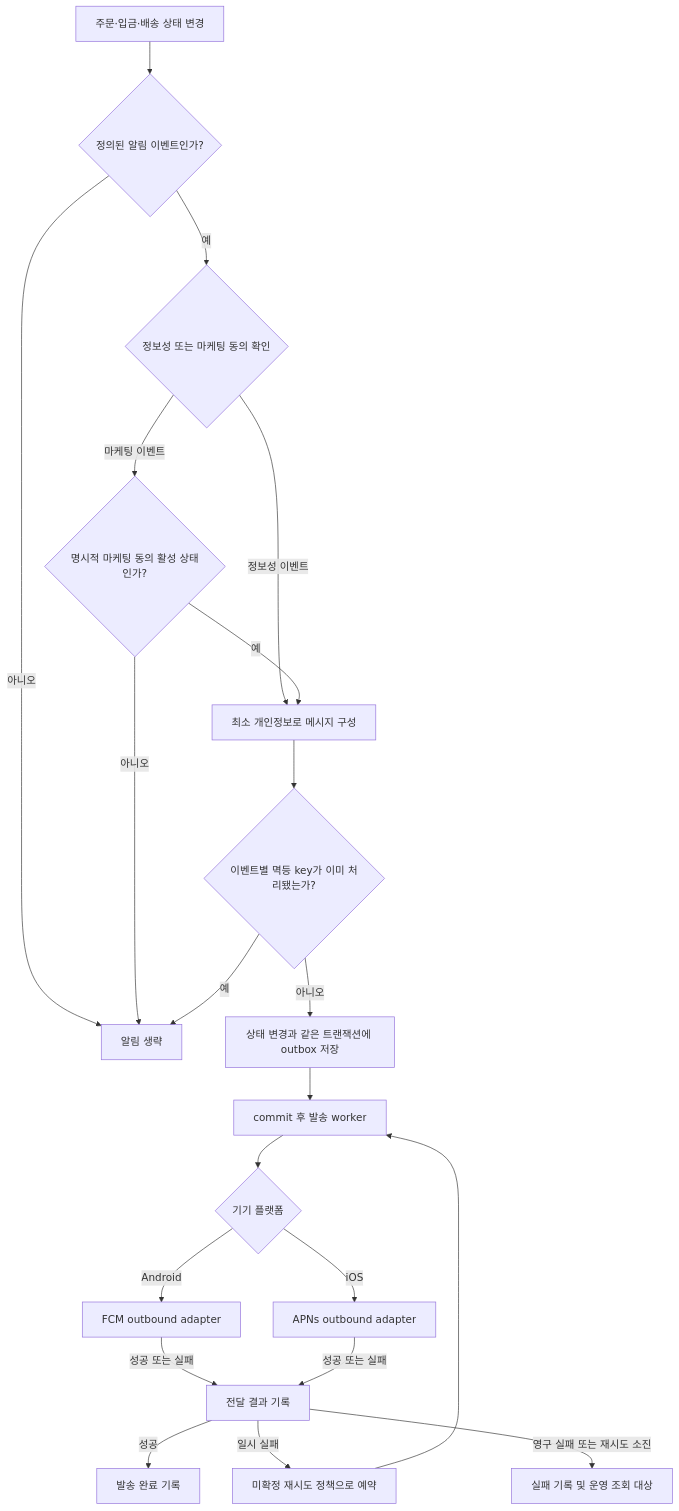
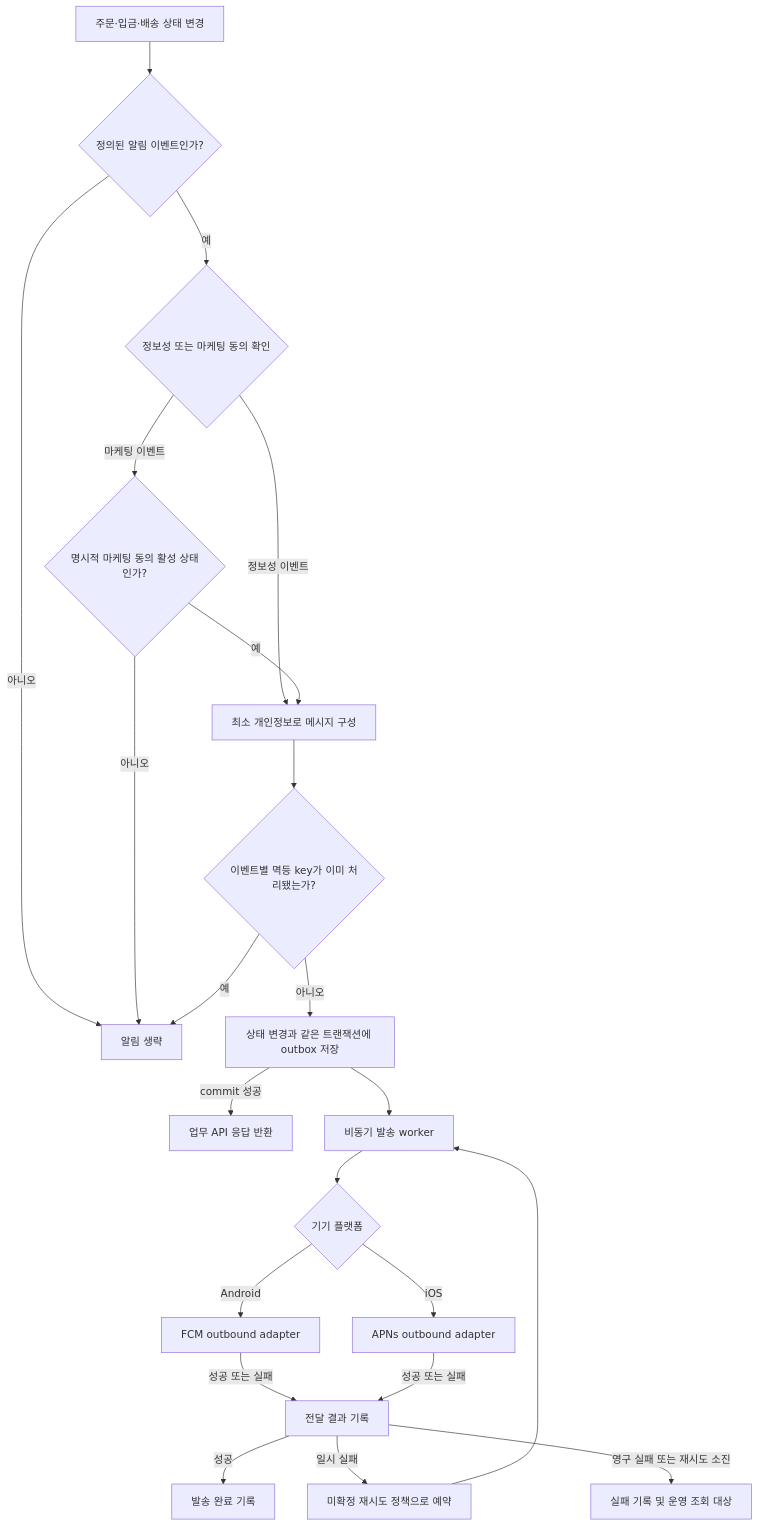
Before and after one commit to DongHyeonEom/umji-market-api: the diagram in docs/services/notification.md, drawn with Mermaid. The commit also changed other lines of this file, not shown here.

Commit message:
docs: clarify asynchronous push delivery

````diff
--- a/docs/services/notification.md
+++ b/docs/services/notification.md
@@ -42,23 +44,24 @@
 ```mermaid
 flowchart TD
     Event["주문·입금·배송 상태 변경"] --> Eligible{"정의된 알림 이벤트인가?"}
     Eligible -->|아니오| Ignore["알림 생략"]
     Eligible -->|예| Consent{"정보성 또는 마케팅 동의 확인"}
     Consent -->|정보성 이벤트| Build["최소 개인정보로 메시지 구성"]
     Consent -->|마케팅 이벤트| Marketing{"명시적 마케팅 동의 활성 상태인가?"}
     Marketing -->|아니오| Ignore
     Marketing -->|예| Build
     Build --> Idempotency{"이벤트별 멱등 key가 이미 처리됐는가?"}
     Idempotency -->|예| Ignore
     Idempotency -->|아니오| Queue["상태 변경과 같은 트랜잭션에 outbox 저장"]
-    Queue --> Worker["commit 후 발송 worker"]
+    Queue -->|commit 성공| Response["업무 API 응답 반환"]
+    Queue --> Worker["비동기 발송 worker"]
     Worker --> Provider{"기기 플랫폼"}
     Provider -->|Android| FCM["FCM outbound adapter"]
     Provider -->|iOS| APNS["APNs outbound adapter"]
     FCM -->|성공 또는 실패| Result["전달 결과 기록"]
     APNS -->|성공 또는 실패| Result
     Result -->|성공| Sent["발송 완료 기록"]
     Result -->|일시 실패| Retry["미확정 재시도 정책으로 예약"]
     Retry --> Worker
     Result -->|영구 실패 또는 재시도 소진| Failed["실패 기록 및 운영 조회 대상"]
 ```
````
